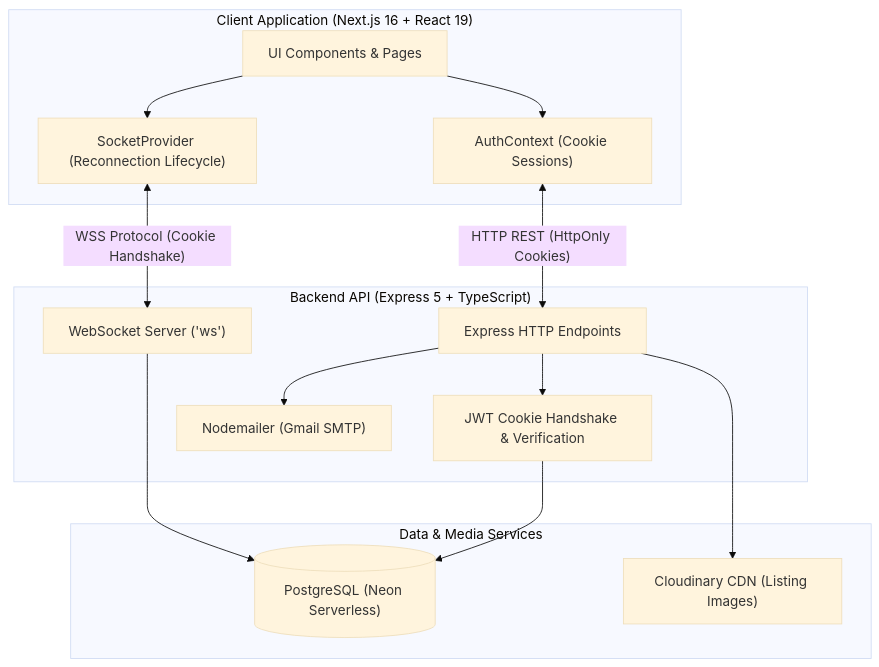
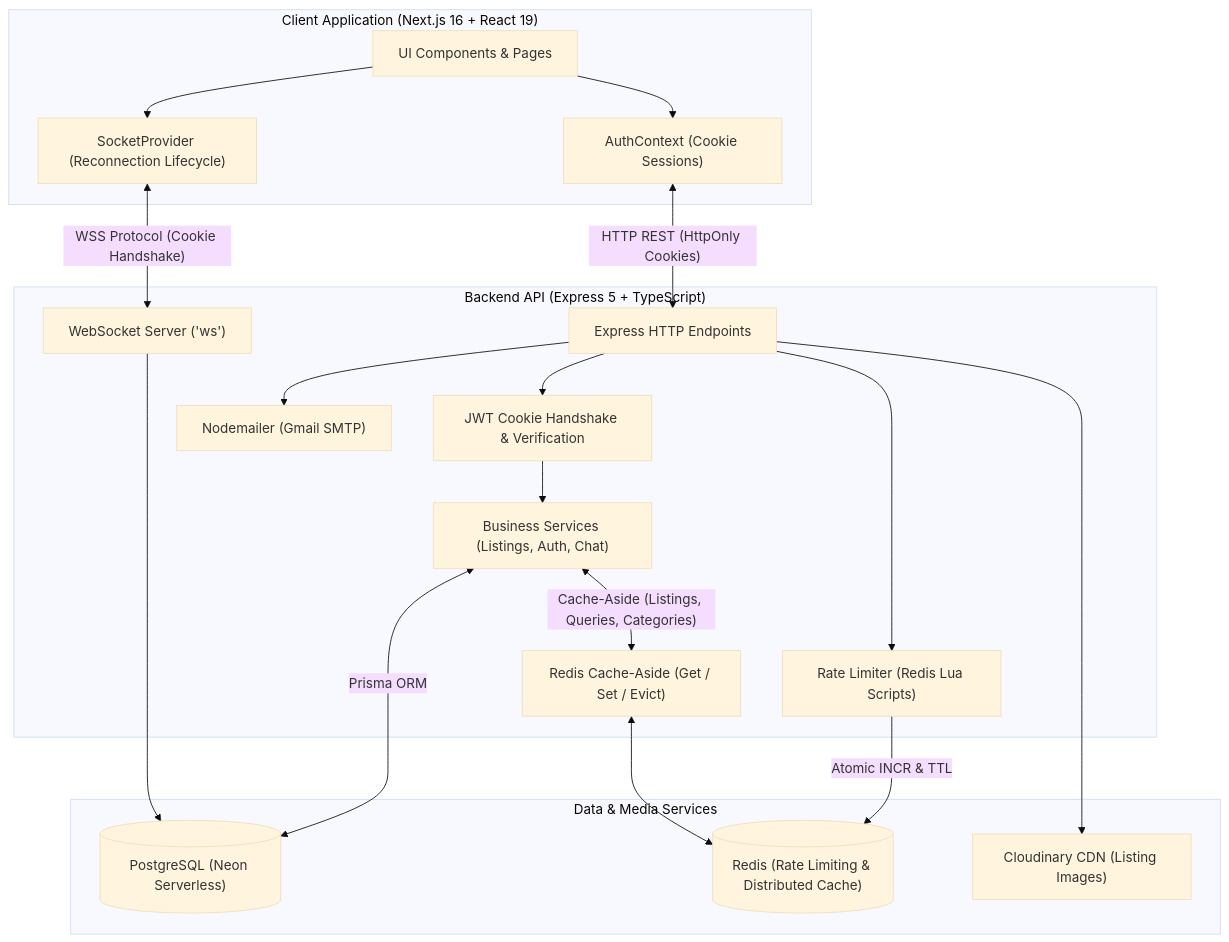
One commit to Dhruvone8/Sell-On-Campus changed the diagram in README.md. Above: the diagram before and after it, drawn with Mermaid (base theme). The commit also changed other lines of this file and 1 other file, not shown here.

````diff
--- a/README.md
+++ b/README.md
@@ -82,30 +91,39 @@
 ```mermaid
 graph TD
     subgraph Browser ["Client Application (Next.js 16 + React 19)"]
         UI["UI Components & Pages"]
         AuthCtx["AuthContext (Cookie Sessions)"]
         SocketCtx["SocketProvider (Reconnection Lifecycle)"]
     end
 
     subgraph Backend ["Backend API (Express 5 + TypeScript)"]
         HTTP["Express HTTP Endpoints"]
+        RateLimit["Rate Limiter (Redis Lua Scripts)"]
         AuthMiddleware["JWT Cookie Handshake & Verification"]
+        Services["Business Services (Listings, Auth, Chat)"]
+        CacheLayer["Redis Cache-Aside (Get / Set / Evict)"]
         WSServer["WebSocket Server ('ws')"]
         EmailService["Nodemailer (Gmail SMTP)"]
     end
 
     subgraph DataStore ["Data & Media Services"]
         NeonDB[("PostgreSQL (Neon Serverless)")]
+        RedisDB[("Redis (Rate Limiting & Distributed Cache)")]
         Cloudinary["Cloudinary CDN (Listing Images)"]
     end
 
     UI --> AuthCtx
     UI --> SocketCtx
     AuthCtx <-->|"HTTP REST (HttpOnly Cookies)"| HTTP
     SocketCtx <-->|"WSS Protocol (Cookie Handshake)"| WSServer
+    HTTP --> RateLimit
+    RateLimit -->|"Atomic INCR & TTL"| RedisDB
     HTTP --> AuthMiddleware
-    AuthMiddleware --> NeonDB
+    AuthMiddleware --> Services
+    Services <-->|"Cache-Aside (Listings, Queries, Categories)"| CacheLayer
+    CacheLayer <--> RedisDB
+    Services <-->|"Prisma ORM"| NeonDB
     HTTP --> Cloudinary
     HTTP --> EmailService
     WSServer --> NeonDB
 ```
````
